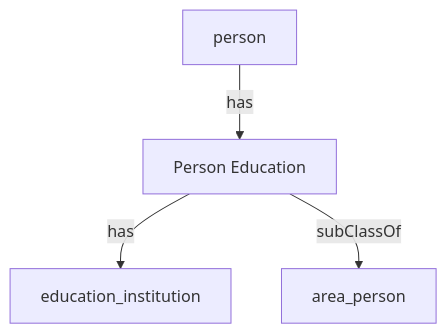
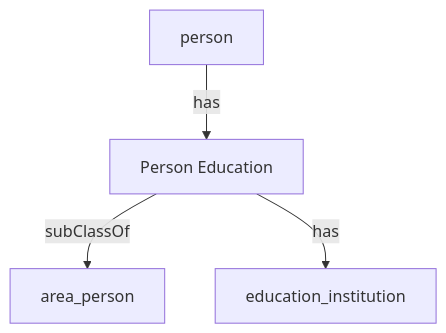
The diagram in content/hr_data_model/person_education.md (heidingaway/heidi2), drawn with Mermaid before and after one commit. The commit also changed other lines of this file and 350 other files, not shown here.

````diff
--- a/content/hr_data_model/person_education.md
+++ b/content/hr_data_model/person_education.md
@@ -21,10 +22,10 @@
 ```mermaid
 graph TD
   Person_Education["Person Education"]:::current-page-node
   area_person["area_person"]
   education_institution["education_institution"]
   person["person"]
+  person-->|" has "|Person_Education
+  Person_Education-->|" subClassOf "|area_person
   Person_Education-->|" has "|education_institution
-  Person_Education-->|" subClassOf "|area_person
-  person-->|" has "|Person_Education
 ```
````
